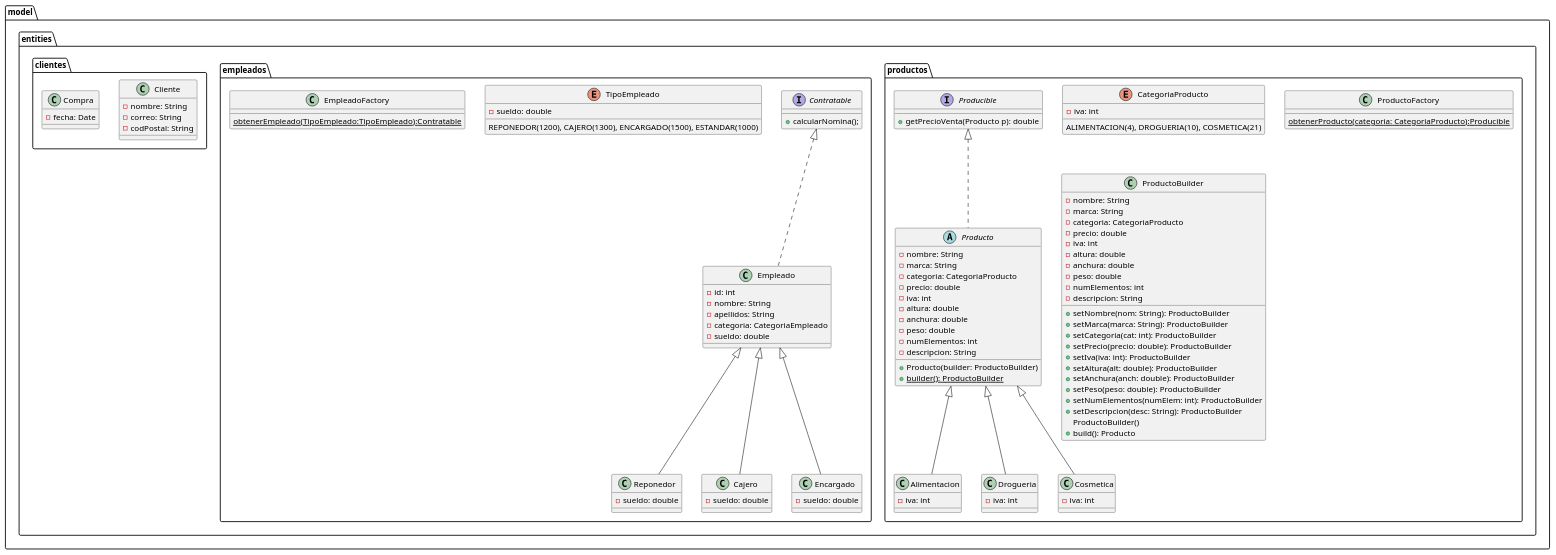
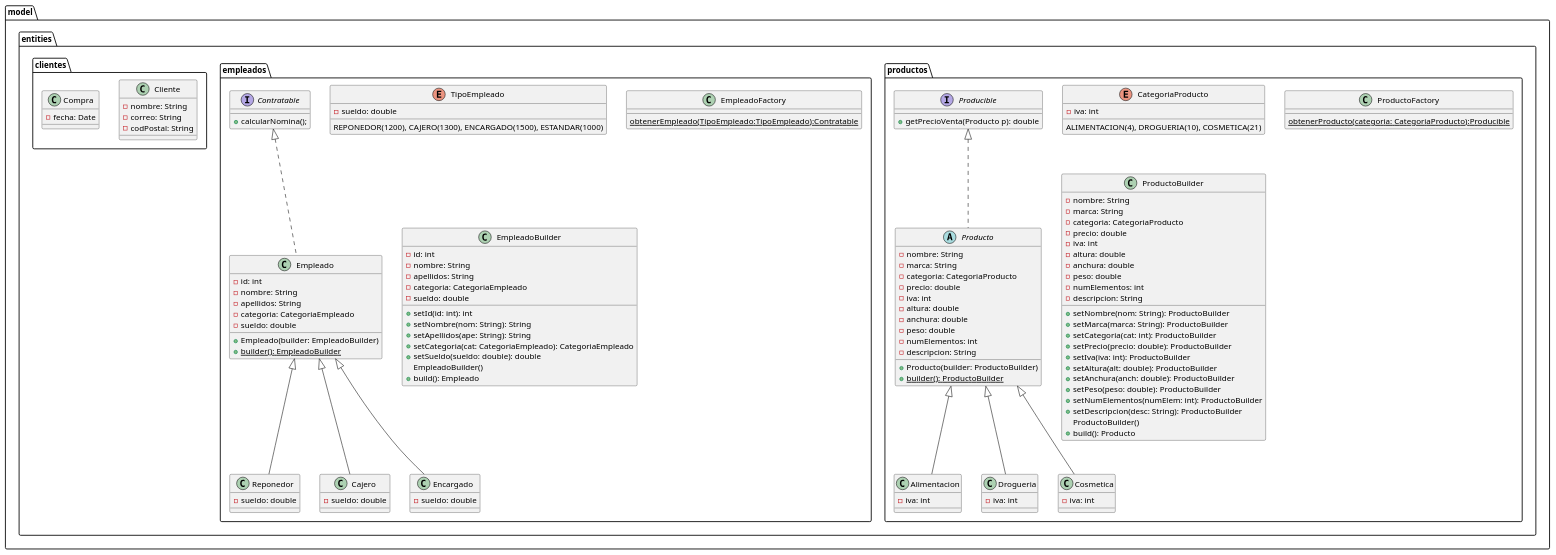
Before and after one commit to dmadcha/mercadaw_trabajo_ev3: the diagram in design/Clases/ClasesEntities.pu, drawn with PlantUML.

Commit message:
Patron Builder usado en Empleado

```diff
--- a/design/Clases/ClasesEntities.pu
+++ b/design/Clases/ClasesEntities.pu
@@ -1,134 +1,151 @@
 @startuml MercaDAW
 
 package model{
     package entities {
         package productos{
             enum CategoriaProducto{
                 ALIMENTACION(4), DROGUERIA(10), COSMETICA(21)
                 - iva: int
             }
 
             class ProductoFactory{
                 {static} obtenerProducto(categoria: CategoriaProducto):Producible
             }
 
             interface Producible{
                 + getPrecioVenta(Producto p): double
             }
 
             abstract class Producto {
                 - nombre: String
                 - marca: String
                 - categoria: CategoriaProducto
                 - precio: double
                 - iva: int
                 - altura: double
                 - anchura: double
                 - peso: double
                 - numElementos: int
                 - descripcion: String
 
                 + Producto(builder: ProductoBuilder)
                 + {static} builder(): ProductoBuilder
             }
 
             class Alimentacion {
                 - iva: int
             }
 
             class Drogueria {
                 - iva: int
             }
 
             class Cosmetica {
                 - iva: int
             }
 
             class ProductoBuilder {
                 - nombre: String
                 - marca: String
                 - categoria: CategoriaProducto
                 - precio: double
                 - iva: int
                 - altura: double
                 - anchura: double
                 - peso: double
                 - numElementos: int
                 - descripcion: String
 
                 + setNombre(nom: String): ProductoBuilder
                 + setMarca(marca: String): ProductoBuilder
                 + setCategoria(cat: int): ProductoBuilder
                 + setPrecio(precio: double): ProductoBuilder
                 + setIva(iva: int): ProductoBuilder
                 + setAltura(alt: double): ProductoBuilder
                 + setAnchura(anch: double): ProductoBuilder
                 + setPeso(peso: double): ProductoBuilder
                 + setNumElementos(numElem: int): ProductoBuilder
                 + setDescripcion(desc: String): ProductoBuilder
                 ProductoBuilder()
                 + build(): Producto
             }
 
             Producible <|.. Producto
             Producto <|-- Alimentacion
             Producto <|-- Drogueria
             Producto <|-- Cosmetica
 
         }
 
         package empleados {
             interface Contratable {
                 + calcularNomina();
             }
 
             enum TipoEmpleado{
                 REPONEDOR(1200), CAJERO(1300), ENCARGADO(1500), ESTANDAR(1000)
 
                 - sueldo: double
             }
 
             class EmpleadoFactory{
                 {static} obtenerEmpleado(TipoEmpleado:TipoEmpleado):Contratable
             }
 
+            class EmpleadoBuilder {
+                - id: int
+                - nombre: String
+                - apellidos: String
+                - categoria: CategoriaEmpleado
+                - sueldo: double
+                + setId(id: int): int
+                + setNombre(nom: String): String
+                + setApellidos(ape: String): String
+                + setCategoria(cat: CategoriaEmpleado): CategoriaEmpleado
+                + setSueldo(sueldo: double): double
+                EmpleadoBuilder()
+                + build(): Empleado
+            }
+
             class Empleado {
                 - id: int
                 - nombre: String
                 - apellidos: String
                 - categoria: CategoriaEmpleado
                 - sueldo: double
+                + Empleado(builder: EmpleadoBuilder)
+                + {static} builder(): EmpleadoBuilder
             }
 
             class Reponedor {
                 - sueldo: double
             }
 
             class Cajero {
                 - sueldo: double
             }
 
             class Encargado {
                 - sueldo: double
             }
 
             Contratable <|.. Empleado
             Empleado <|-- Encargado
             Empleado <|-- Reponedor
             Empleado <|-- Cajero
         }
 
         package clientes {
             class Cliente {
                 - nombre: String 
                 - correo: String 
                 - codPostal: String
             }
 
             class Compra {
                 - fecha: Date
             }
         }
     }
 }
 @enduml
```
